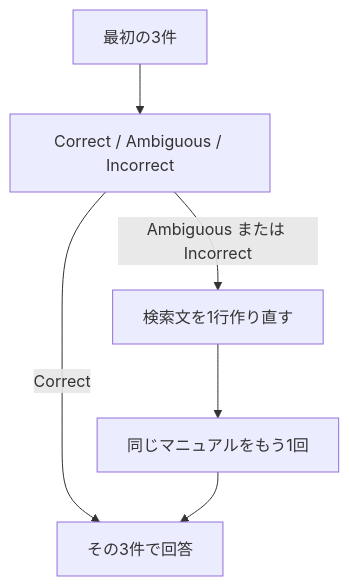
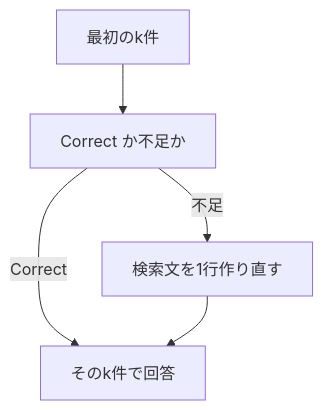
One commit to kouji0705/rag-study changed the diagram in books/cd019af39edb03/11-retry.md. Above: the diagram before and after it, drawn with Mermaid. The commit also changed other lines of this file and 1 other file, not shown here.

````diff
--- a/books/cd019af39edb03/11-retry.md
+++ b/books/cd019af39edb03/11-retry.md
@@ -13,8 +19,7 @@
 ```mermaid
 flowchart TD
-    S["最初の3件"] --> J["Correct / Ambiguous / Incorrect"]
-    J -->|Correct| A["その3件で回答"]
-    J -->|Ambiguous または Incorrect| Q["検索文を1行作り直す"]
-    Q --> R["同じマニュアルをもう1回"]
-    R --> A
+    S["最初のk件"] --> J["Correct か不足か"]
+    J -->|Correct| A["そのk件で回答"]
+    J -->|不足| Q["検索文を1行作り直す"]
+    Q --> A
 ```
````
